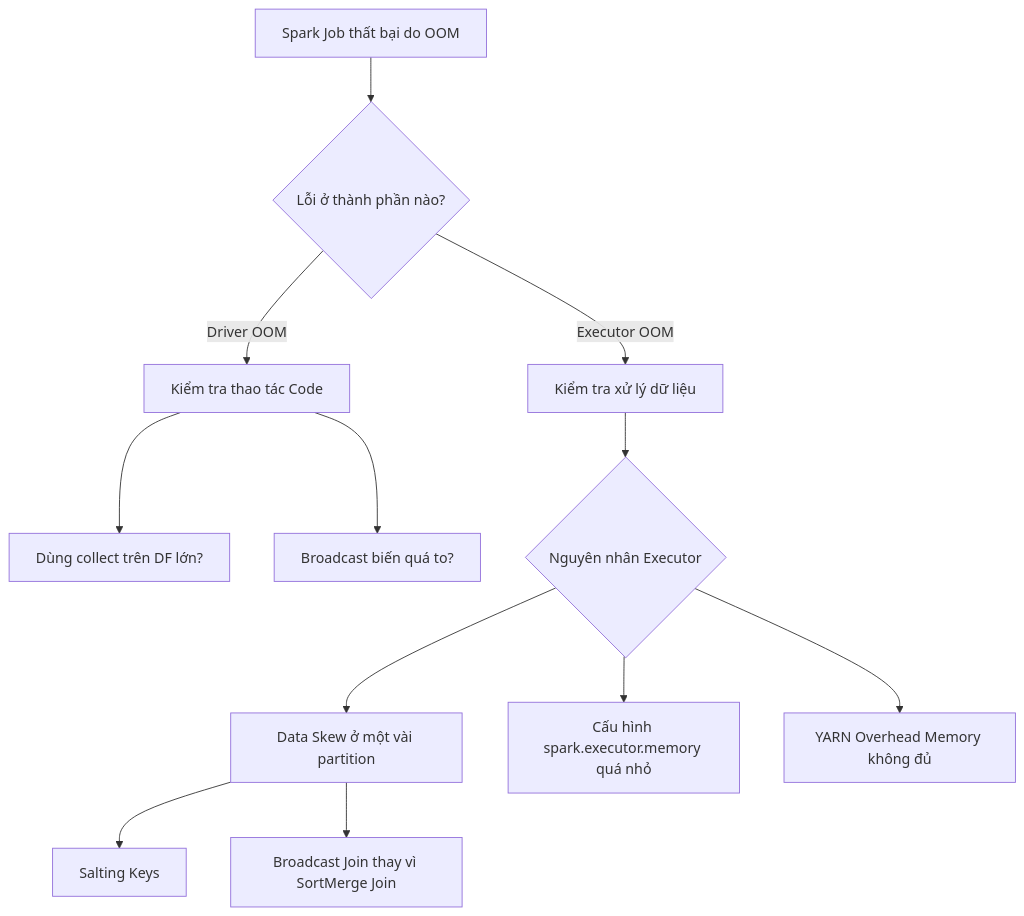
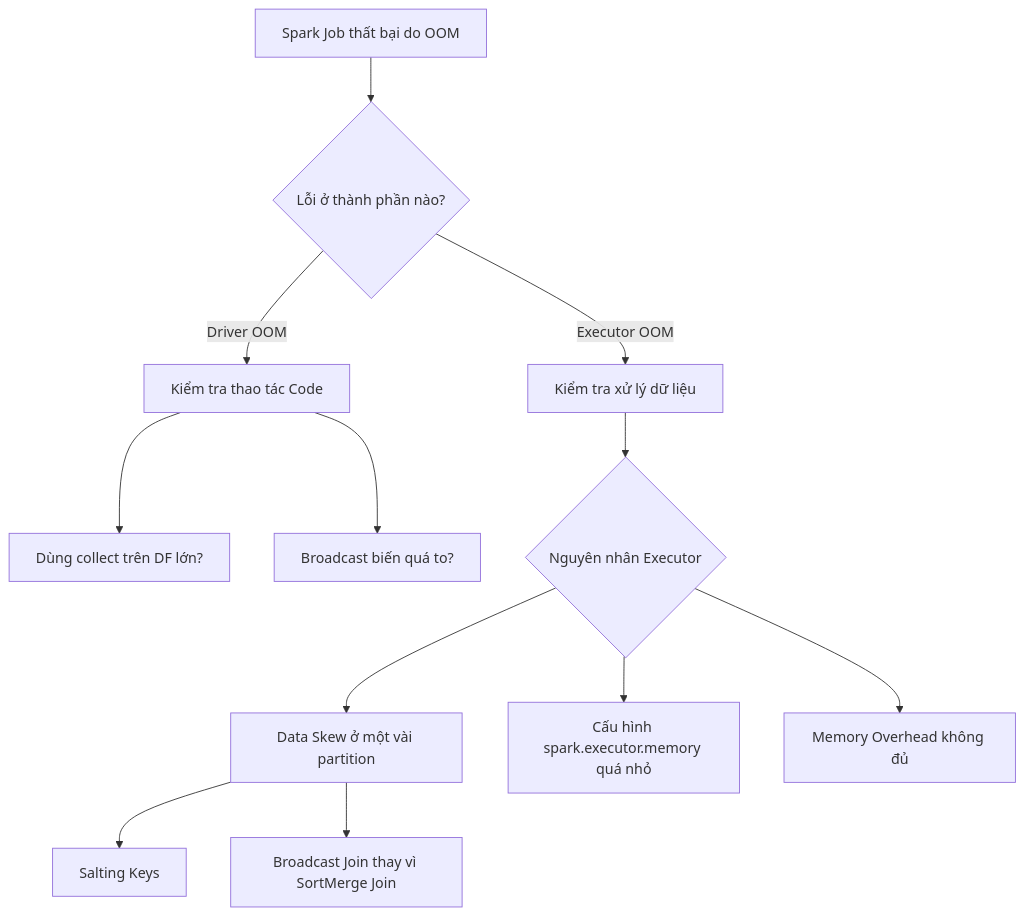
One commit to kythuatdulieu/kythuatdulieu.github.io changed the diagram in src/content/docs/interview/spark-optimization-interview.md. Above: the diagram before and after it, drawn with Mermaid. The commit also changed other lines of this file and 682 other files, not shown here.

````diff
--- a/src/content/docs/interview/spark-optimization-interview.md
+++ b/src/content/docs/interview/spark-optimization-interview.md
@@ -56,19 +41,17 @@
 ```mermaid
 graph TD
     A["Spark Job thất bại do OOM"] --> B{"Lỗi ở thành phần nào?"}
     B -->|"Driver OOM"| C["Kiểm tra thao tác Code"]
     B -->|"Executor OOM"| D["Kiểm tra xử lý dữ liệu"]
-    
+
     C --> E["Dùng collect trên DF lớn?"]
     C --> F["Broadcast biến quá to?"]
-    
+
     D --> G{"Nguyên nhân Executor"}
     G --> H["Data Skew ở một vài partition"]
     G --> I["Cấu hình spark.executor.memory quá nhỏ"]
-    G --> J["YARN Overhead Memory không đủ"]
-    
+    G --> J["Memory Overhead không đủ"]
+
     H --> K["Salting Keys"]
     H --> L["Broadcast Join thay vì SortMerge Join"]
-
-
 ```
````
